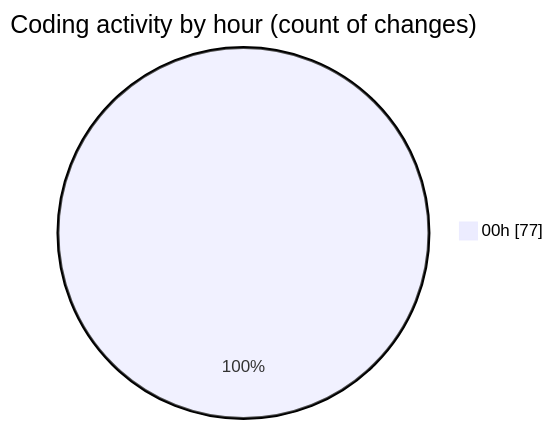
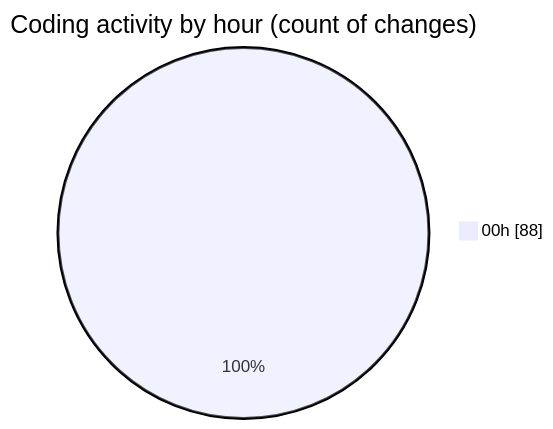
One commit to lephambinh05/code-tracking changed the second of 2 diagrams in 2025-08-16/rentotp/README.md. Above: the diagram before and after it, drawn with Mermaid. The commit also changed other lines of this file and 1 other file, not shown here.

````diff
--- a/2025-08-16/rentotp/README.md
+++ b/2025-08-16/rentotp/README.md
@@ -43,5 +46,5 @@
 ```mermaid
 pie showData
 title Coding activity by hour (count of changes)
-"00h" : 77
+"00h" : 88
 ```
````
